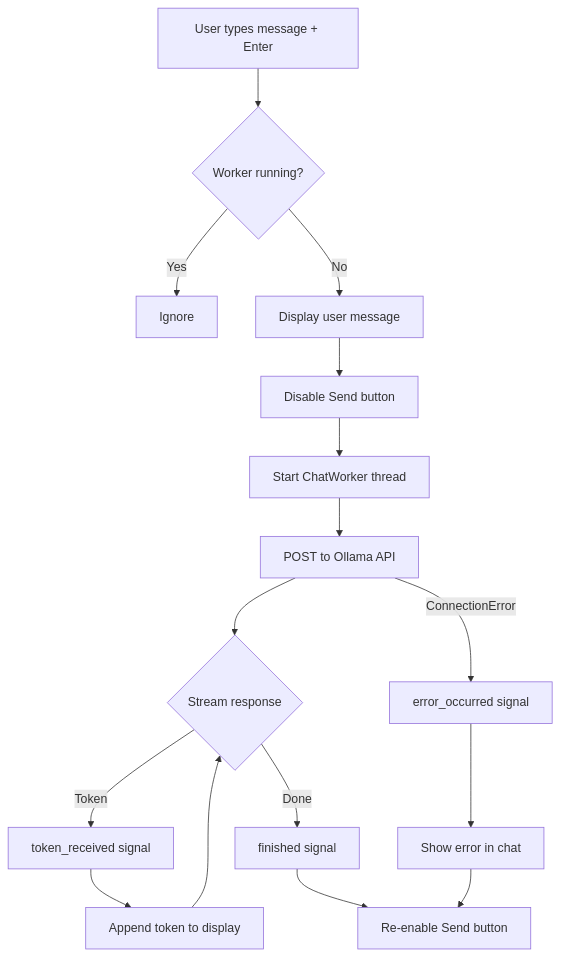
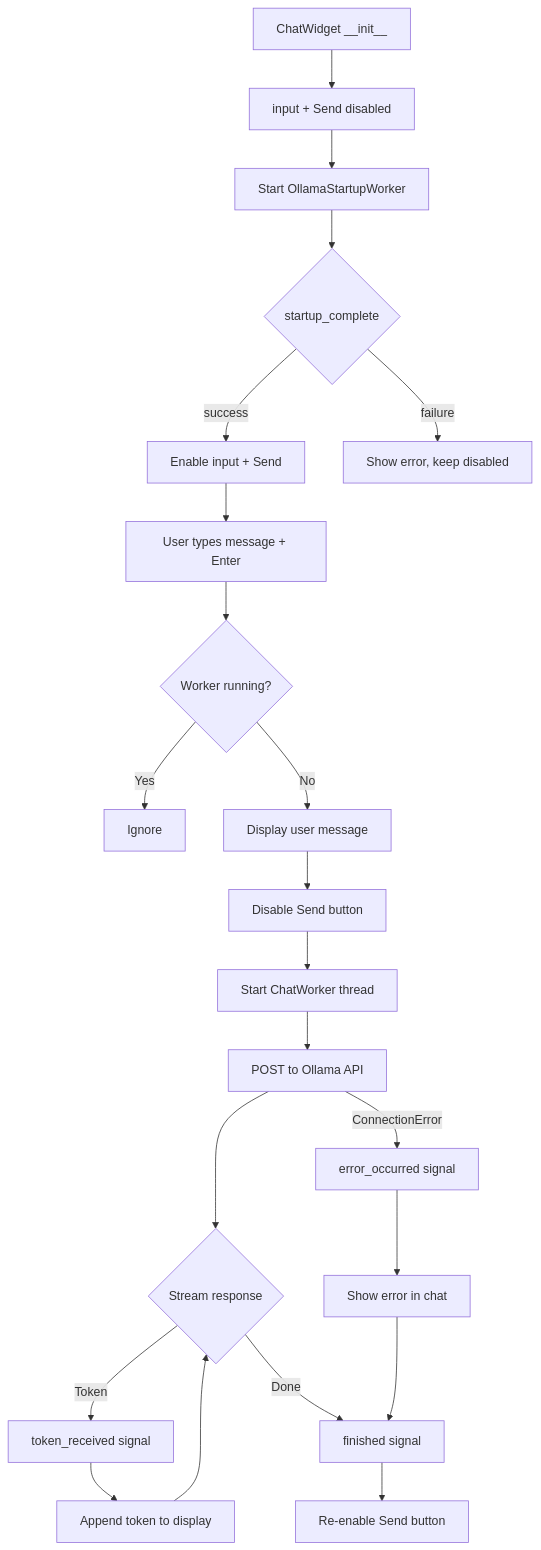
One commit to Mr-Robotiko/Gilfi changed the fourth of 4 diagrams in src/frontend/README.md. Above: the diagram before and after it, drawn with Mermaid. The commit also changed other lines of this file, not shown here.

````diff
--- a/src/frontend/README.md
+++ b/src/frontend/README.md
@@ -323,18 +386,27 @@
 ```mermaid
 flowchart TD
-    A[User types message + Enter] --> B{Worker running?}
+    %% Init phase: Ollama bootstrap
+    Z0[ChatWidget __init__] --> Z1[input + Send disabled]
+    Z1 --> Z2[Start OllamaStartupWorker]
+    Z2 --> Z3{startup_complete}
+    Z3 -- success --> Z4[Enable input + Send]
+    Z3 -- failure --> Z5[Show error, keep disabled]
+
+    %% Runtime: per message
+    Z4 --> A[User types message + Enter]
+    A --> B{Worker running?}
     B -- Yes --> C[Ignore]
     B -- No --> D[Display user message]
     D --> E[Disable Send button]
     E --> F[Start ChatWorker thread]
     F --> G[POST to Ollama API]
     G --> H{Stream response}
     H -- Token --> I[token_received signal]
     I --> J[Append token to display]
     J --> H
     H -- Done --> K[finished signal]
-    K --> L[Re-enable Send button]
     G -- ConnectionError --> M[error_occurred signal]
     M --> N[Show error in chat]
-    N --> L
+    N --> K
+    K --> L[Re-enable Send button]
 ```
````
